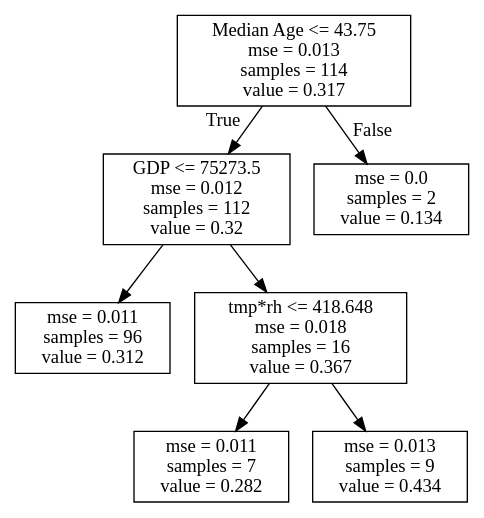
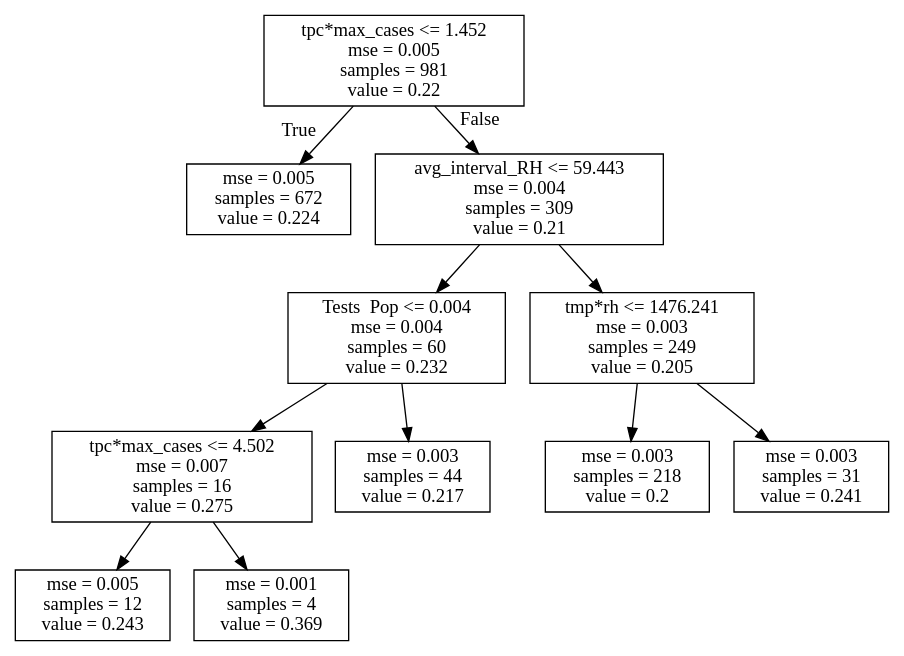
Before and after one commit to hopl1t/covid19: the diagram in products/decision_tree/decision_tree_EXP_GF_Q3_run1.dot, drawn with Graphviz. The commit also changed 55 other files, not shown here.

```diff
--- a/products/decision_tree/decision_tree_EXP_GF_Q3_run1.dot
+++ b/products/decision_tree/decision_tree_EXP_GF_Q3_run1.dot
@@ -1,16 +1,24 @@
 digraph Tree {
 node [shape=box] ;
-0 [label="Median Age <= 43.75\nmse = 0.013\nsamples = 114\nvalue = 0.317"] ;
-1 [label="GDP <= 75273.5\nmse = 0.012\nsamples = 112\nvalue = 0.32"] ;
+0 [label="tpc*max_cases <= 1.452\nmse = 0.005\nsamples = 981\nvalue = 0.22"] ;
+1 [label="mse = 0.005\nsamples = 672\nvalue = 0.224"] ;
 0 -> 1 [labeldistance=2.5, labelangle=45, headlabel="True"] ;
-2 [label="mse = 0.011\nsamples = 96\nvalue = 0.312"] ;
-1 -> 2 ;
-3 [label="tmp*rh <= 418.648\nmse = 0.018\nsamples = 16\nvalue = 0.367"] ;
-1 -> 3 ;
-4 [label="mse = 0.011\nsamples = 7\nvalue = 0.282"] ;
+2 [label="avg_interval_RH <= 59.443\nmse = 0.004\nsamples = 309\nvalue = 0.21"] ;
+0 -> 2 [labeldistance=2.5, labelangle=-45, headlabel="False"] ;
+3 [label="Tests \ Pop <= 0.004\nmse = 0.004\nsamples = 60\nvalue = 0.232"] ;
+2 -> 3 ;
+4 [label="tpc*max_cases <= 4.502\nmse = 0.007\nsamples = 16\nvalue = 0.275"] ;
 3 -> 4 ;
-5 [label="mse = 0.013\nsamples = 9\nvalue = 0.434"] ;
-3 -> 5 ;
-6 [label="mse = 0.0\nsamples = 2\nvalue = 0.134"] ;
-0 -> 6 [labeldistance=2.5, labelangle=-45, headlabel="False"] ;
+5 [label="mse = 0.005\nsamples = 12\nvalue = 0.243"] ;
+4 -> 5 ;
+6 [label="mse = 0.001\nsamples = 4\nvalue = 0.369"] ;
+4 -> 6 ;
+7 [label="mse = 0.003\nsamples = 44\nvalue = 0.217"] ;
+3 -> 7 ;
+8 [label="tmp*rh <= 1476.241\nmse = 0.003\nsamples = 249\nvalue = 0.205"] ;
+2 -> 8 ;
+9 [label="mse = 0.003\nsamples = 218\nvalue = 0.2"] ;
+8 -> 9 ;
+10 [label="mse = 0.003\nsamples = 31\nvalue = 0.241"] ;
+8 -> 10 ;
 }
```
